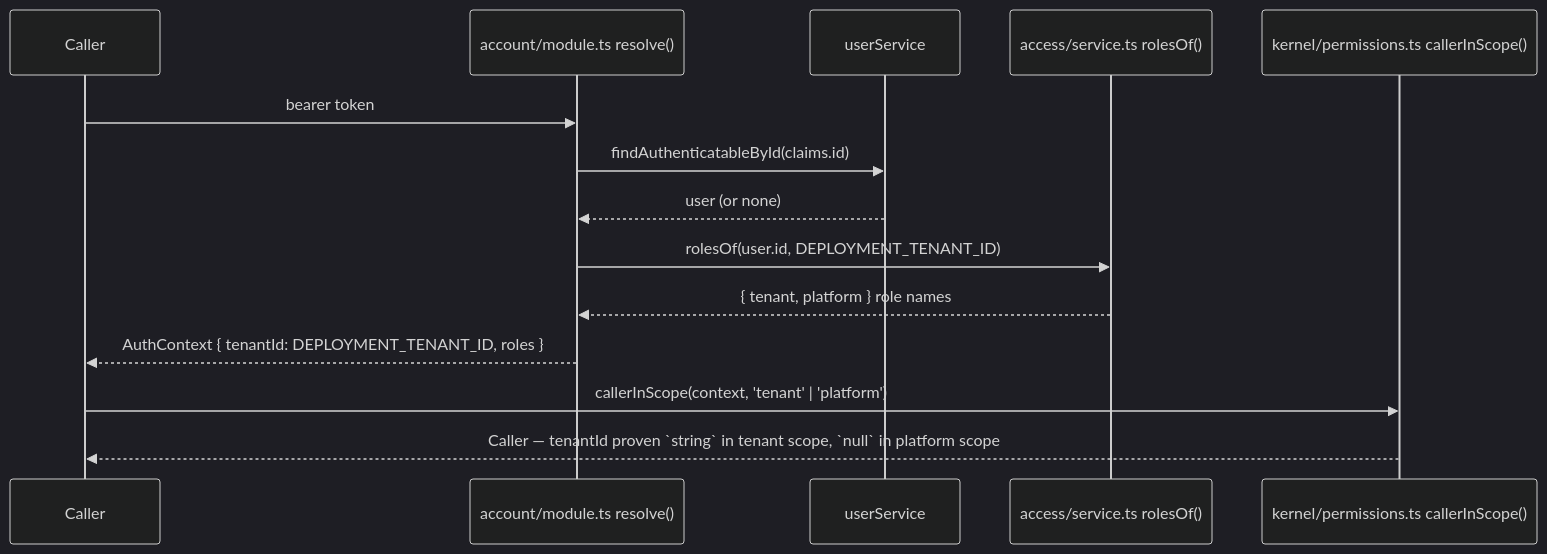
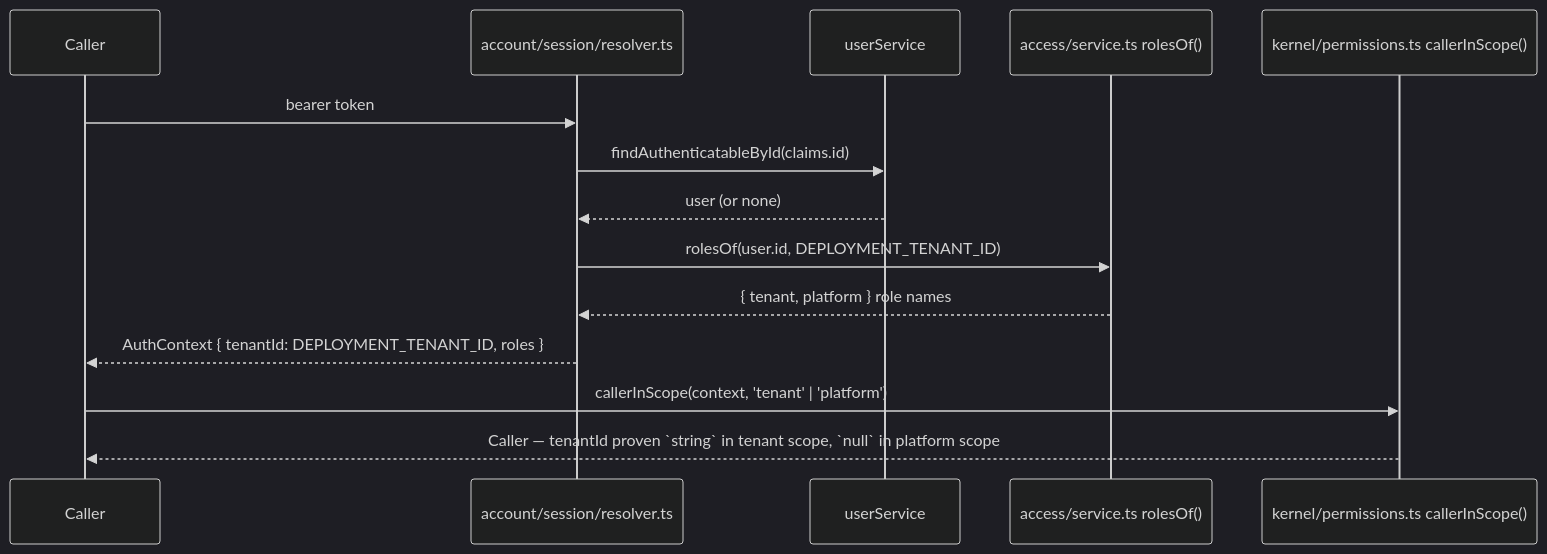
The third of 3 diagrams in docs/theory/tenancy.md (Guebbit/boilerplate-node-backend), drawn with Mermaid (dark theme) before and after one commit. The commit also changed other lines of this file and 130 other files, not shown here.

````diff
--- a/docs/theory/tenancy.md
+++ b/docs/theory/tenancy.md
@@ -109,17 +112,17 @@
 ```mermaid
 sequenceDiagram
     participant C as Caller
-    participant R as account/module.ts resolve()
+    participant R as account/session/resolver.ts
     participant U as userService
     participant S as access/service.ts rolesOf()
     participant P as kernel/permissions.ts callerInScope()
 
     C->>R: bearer token
     R->>U: findAuthenticatableById(claims.id)
     U-->>R: user (or none)
     R->>S: rolesOf(user.id, DEPLOYMENT_TENANT_ID)
     S-->>R: { tenant, platform } role names
     R-->>C: AuthContext { tenantId: DEPLOYMENT_TENANT_ID, roles }
     C->>P: callerInScope(context, 'tenant' | 'platform')
     P-->>C: Caller — tenantId proven `string` in tenant scope, `null` in platform scope
 ```
````
